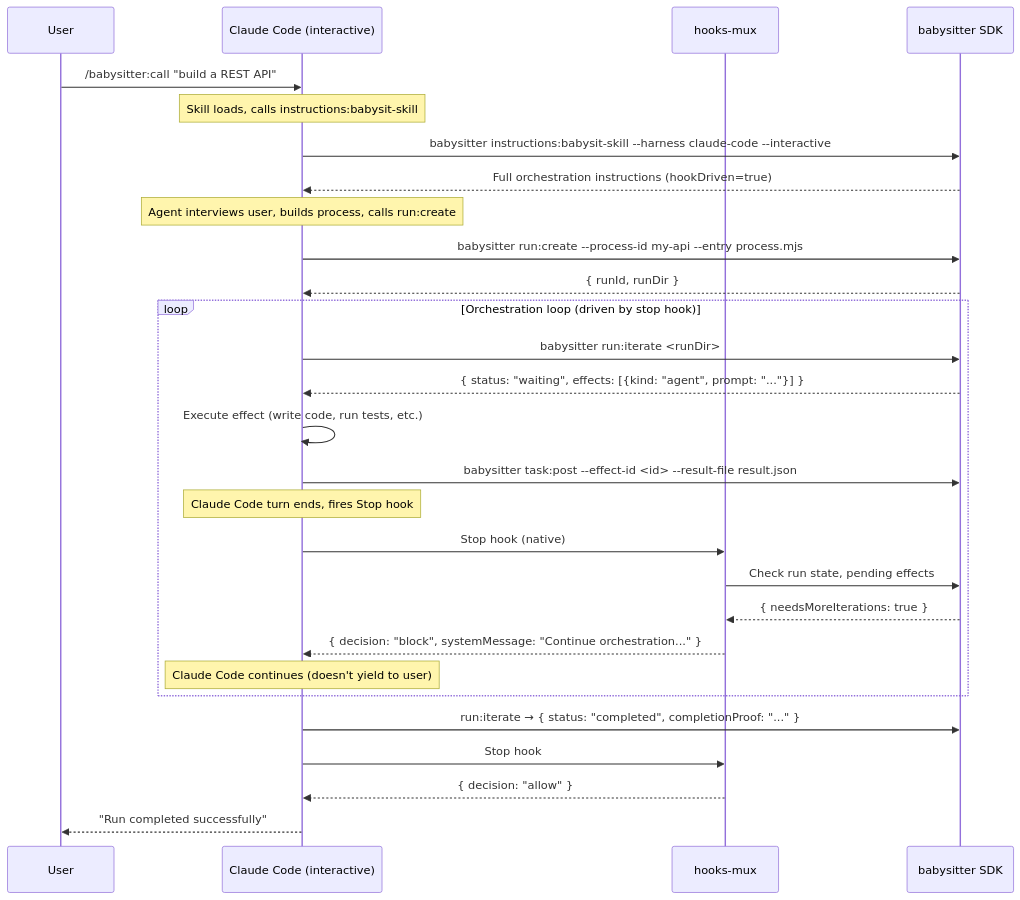
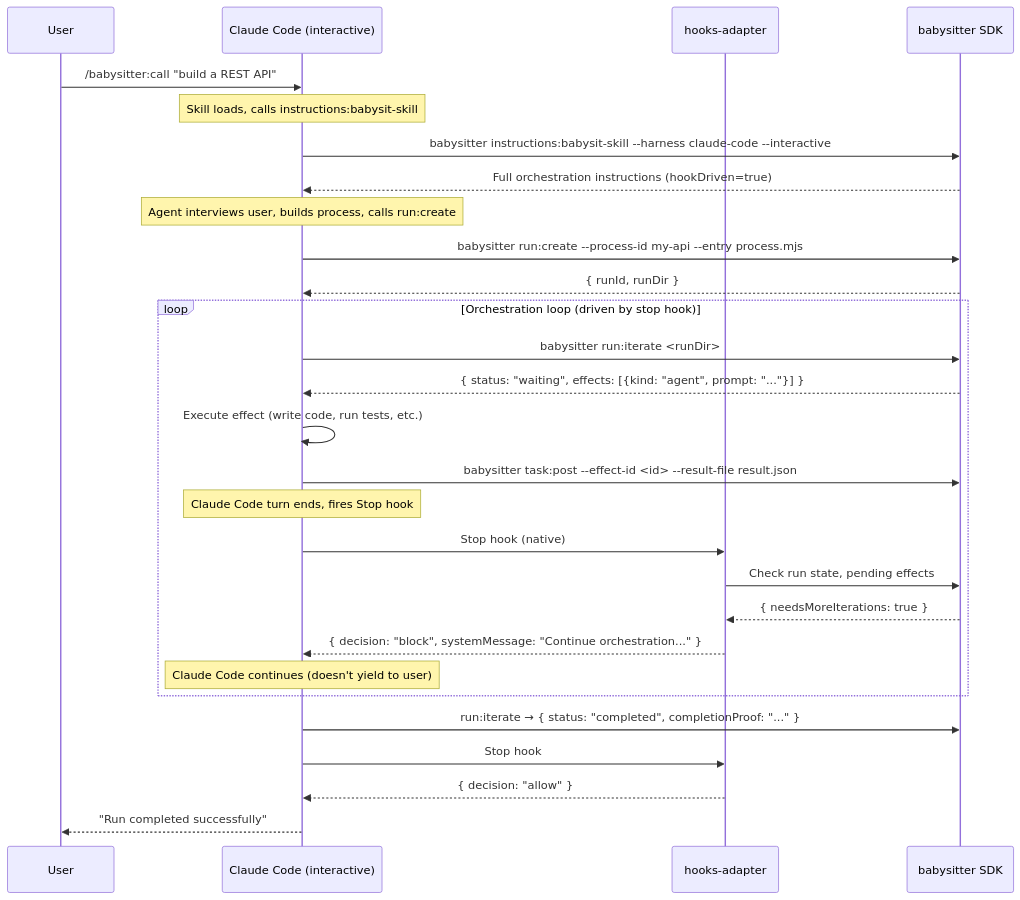
One commit to danielkman/babysitter changed the sixth of 16 diagrams in docs/development/03-babysitter-plugin-flows.md. Above: the diagram before and after it, drawn with Mermaid. The commit also changed other lines of this file and 682 other files, not shown here.

First line of the commit message:
refactor: eliminate -mux terminology from source — use -adapter

````diff
--- a/docs/development/03-babysitter-plugin-flows.md
+++ b/docs/development/03-babysitter-plugin-flows.md
@@ -196,35 +196,35 @@
 ```mermaid
 sequenceDiagram
     participant U as User
     participant CC as Claude Code (interactive)
-    participant HM as hooks-mux
+    participant HM as hooks-adapter
     participant SDK as babysitter SDK
 
     U->>CC: /babysitter:call "build a REST API"
     Note over CC: Skill loads, calls instructions:babysit-skill
     CC->>SDK: babysitter instructions:babysit-skill --harness claude-code --interactive
     SDK-->>CC: Full orchestration instructions (hookDriven=true)
 
     Note over CC: Agent interviews user, builds process, calls run:create
     CC->>SDK: babysitter run:create --process-id my-api --entry process.mjs#process --harness claude-code
     SDK-->>CC: { runId, runDir }
 
     loop Orchestration loop (driven by stop hook)
         CC->>SDK: babysitter run:iterate <runDir>
         SDK-->>CC: { status: "waiting", effects: [{kind: "agent", prompt: "..."}] }
         CC->>CC: Execute effect (write code, run tests, etc.)
         CC->>SDK: babysitter task:post --effect-id <id> --result-file result.json
 
         Note over CC: Claude Code turn ends, fires Stop hook
         CC->>HM: Stop hook (native)
         HM->>SDK: Check run state, pending effects
         SDK-->>HM: { needsMoreIterations: true }
         HM-->>CC: { decision: "block", systemMessage: "Continue orchestration..." }
         Note over CC: Claude Code continues (doesn't yield to user)
     end
 
     CC->>SDK: run:iterate → { status: "completed", completionProof: "..." }
     CC->>HM: Stop hook
     HM-->>CC: { decision: "allow" }
     CC-->>U: "Run completed successfully"
 ```
````
